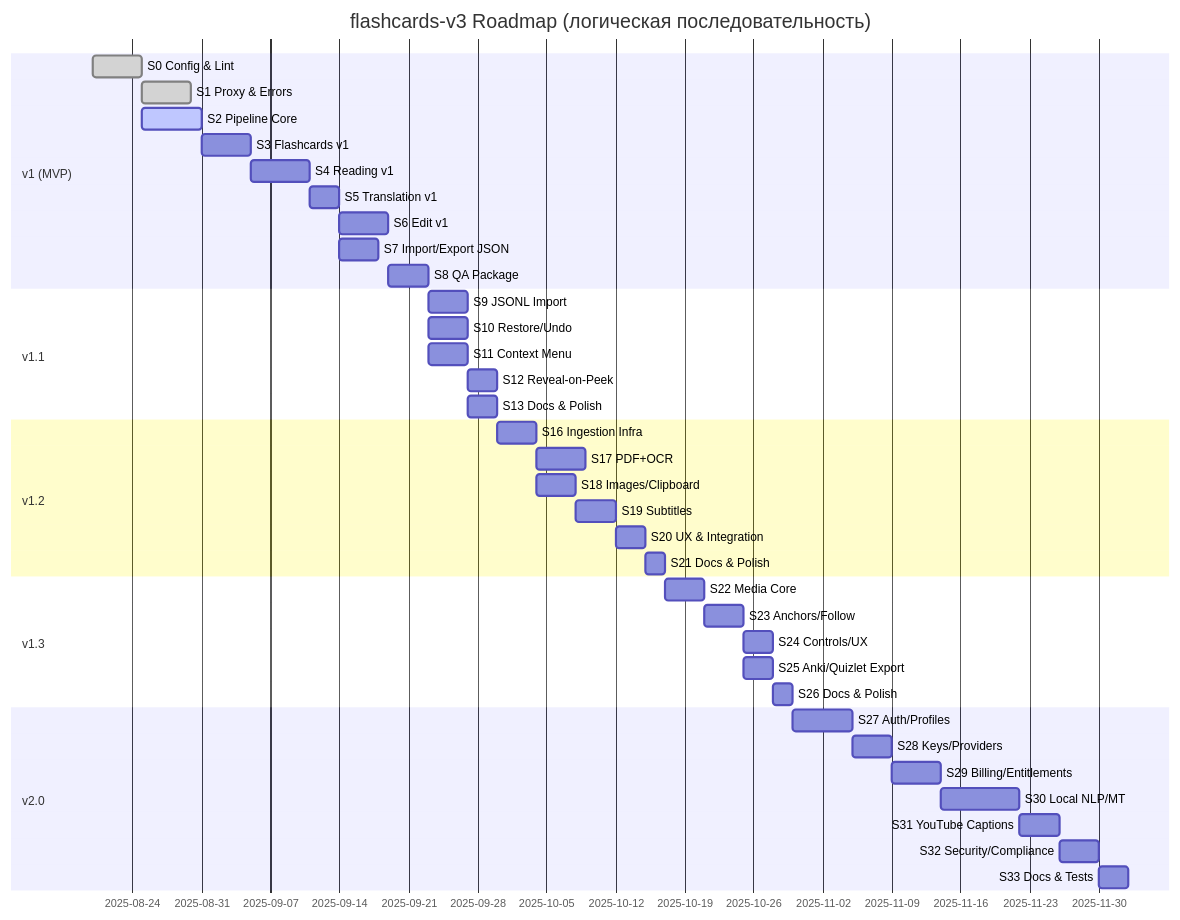
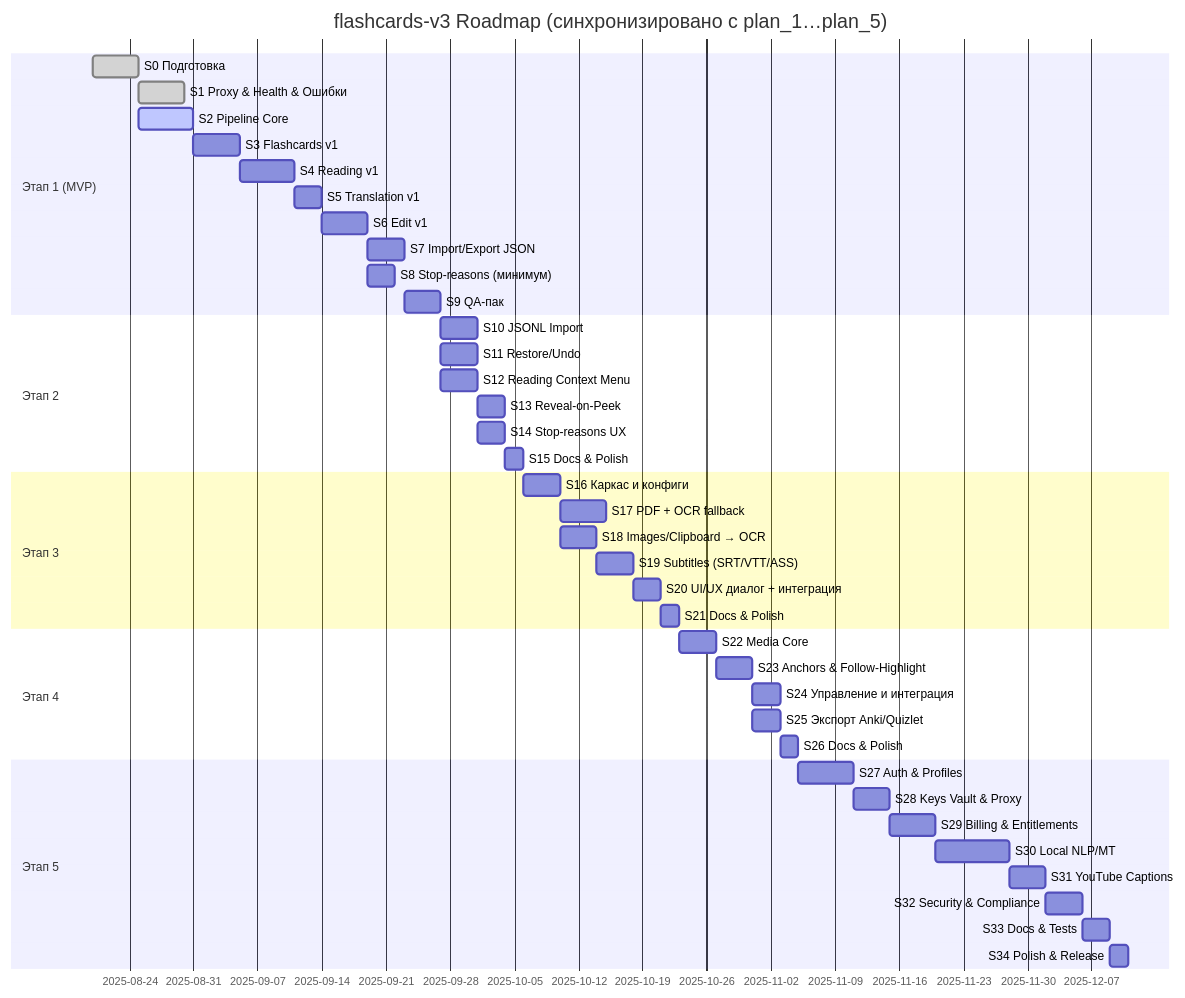
Before and after one commit to nn1k4/flashcards-v3: the diagram in doc/roadmap/roadmap.md, drawn with Mermaid.

Commit message:
Update roadmap to sync with plan_1–plan_5
Revised the Gantt chart in roadmap.md to align with the latest project plans (plan_1 to plan_5). Updated section names, task names, and dependencies for improved clarity and synchronization with current development stages.

````diff
--- a/doc/roadmap/roadmap.md
+++ b/doc/roadmap/roadmap.md
@@ -54,42 +54,51 @@
 ```mermaid
 gantt
-title flashcards-v3 Roadmap (логическая последовательность)
+title flashcards-v3 Roadmap (синхронизировано с plan_1…plan_5)
 dateFormat  YYYY-MM-DD
-section v1 (MVP)
-S0 Config & Lint           :done,   s0, 2025-08-20, 5d
-S1 Proxy & Errors          :done,   s1, after s0, 5d
-S2 Pipeline Core           :active, s2, after s0, 6d
-S3 Flashcards v1           :        s3, after s2, 5d
-S4 Reading v1              :        s4, after s3, 6d
-S5 Translation v1          :        s5, after s4, 3d
-S6 Edit v1                 :        s6, after s5, 5d
-S7 Import/Export JSON      :        s7, after s5, 4d
-S8 QA Package              :        s8, after s6, 4d
-section v1.1
-S9 JSONL Import            :        s9,  after s8, 4d
-S10 Restore/Undo           :        s10, after s8, 4d
-S11 Context Menu           :        s11, after s8, 4d
-S12 Reveal-on-Peek         :        s12, after s11, 3d
-S13 Docs & Polish          :        s13, after s9,  3d
-section v1.2
-S16 Ingestion Infra        :        s16, after s13, 4d
-S17 PDF+OCR                :        s17, after s16, 5d
-S18 Images/Clipboard       :        s18, after s16, 4d
-S19 Subtitles              :        s19, after s18, 4d
-S20 UX & Integration       :        s20, after s19, 3d
-S21 Docs & Polish          :        s21, after s20, 2d
-section v1.3
-S22 Media Core             :        s22, after s21, 4d
-S23 Anchors/Follow         :        s23, after s22, 4d
-S24 Controls/UX            :        s24, after s23, 3d
-S25 Anki/Quizlet Export    :        s25, after s23, 3d
-S26 Docs & Polish          :        s26, after s25, 2d
-section v2.0
-S27 Auth/Profiles          :        s27, after s26, 6d
-S28 Keys/Providers         :        s28, after s27, 4d
-S29 Billing/Entitlements   :        s29, after s28, 5d
-S30 Local NLP/MT           :        s30, after s29, 8d
-S31 YouTube Captions       :        s31, after s30, 4d
-S32 Security/Compliance    :        s32, after s31, 4d
-S33 Docs & Tests           :        s33, after s32, 3d
+
+section Этап 1 (MVP)
+S0 Подготовка                 :done,   s0,  2025-08-20, 5d
+S1 Proxy & Health & Ошибки    :done,   s1,  after s0,   5d
+S2 Pipeline Core              :active, s2,  after s0,   6d
+S3 Flashcards v1              :        s3,  after s2,   5d
+S4 Reading v1                 :        s4,  after s3,   6d
+S5 Translation v1             :        s5,  after s4,   3d
+S6 Edit v1                    :        s6,  after s5,   5d
+S7 Import/Export JSON         :        s7,  after s6,   4d
+S8 Stop-reasons (минимум)     :        s8,  after s6,   3d
+S9 QA-пак                     :        s9,  after s7 s8, 4d
+
+section Этап 2
+S10 JSONL Import              :        s10, after s9,   4d
+S11 Restore/Undo              :        s11, after s9,   4d
+S12 Reading Context Menu      :        s12, after s9,   4d
+S13 Reveal-on-Peek            :        s13, after s12,  3d
+S14 Stop-reasons UX           :        s14, after s12,  3d
+S15 Docs & Polish             :        s15, after s14,  2d
+
+section Этап 3
+S16 Каркас и конфиги          :        s16, after s15,  4d
+S17 PDF + OCR fallback        :        s17, after s16,  5d
+S18 Images/Clipboard → OCR    :        s18, after s16,  4d
+S19 Subtitles (SRT/VTT/ASS)   :        s19, after s18,  4d
+S20 UI/UX диалог + интеграция :        s20, after s19,  3d
+S21 Docs & Polish             :        s21, after s20,  2d
+
+section Этап 4
+S22 Media Core                :        s22, after s21,  4d
+S23 Anchors & Follow-Highlight:        s23, after s22,  4d
+S24 Управление и интеграция   :        s24, after s23,  3d
+S25 Экспорт Anki/Quizlet      :        s25, after s23,  3d
+S26 Docs & Polish             :        s26, after s25,  2d
+
+section Этап 5
+S27 Auth & Profiles           :        s27, after s26,  6d
+S28 Keys Vault & Proxy        :        s28, after s27,  4d
+S29 Billing & Entitlements    :        s29, after s28,  5d
+S30 Local NLP/MT              :        s30, after s29,  8d
+S31 YouTube Captions          :        s31, after s30,  4d
+S32 Security & Compliance     :        s32, after s31,  4d
+S33 Docs & Tests              :        s33, after s32,  3d
+S34 Polish & Release          :        s34, after s33,  2d
+
 ```
````
